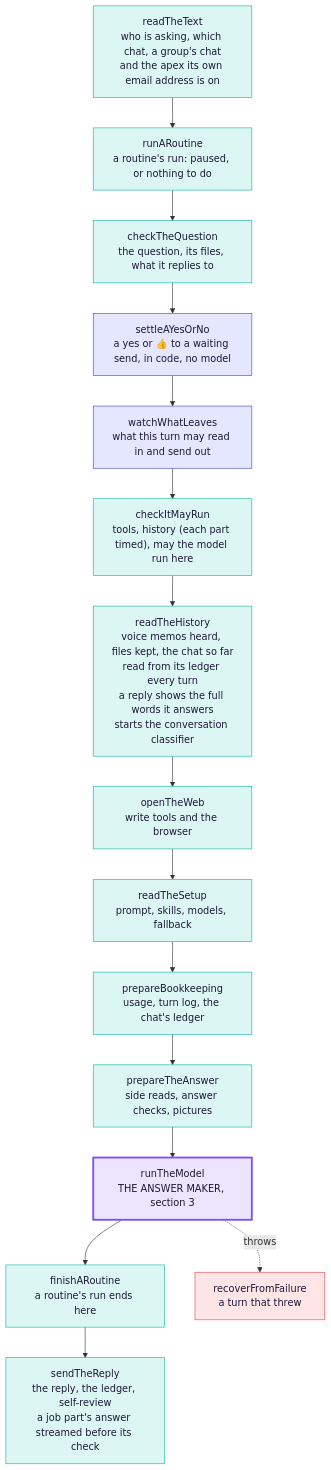
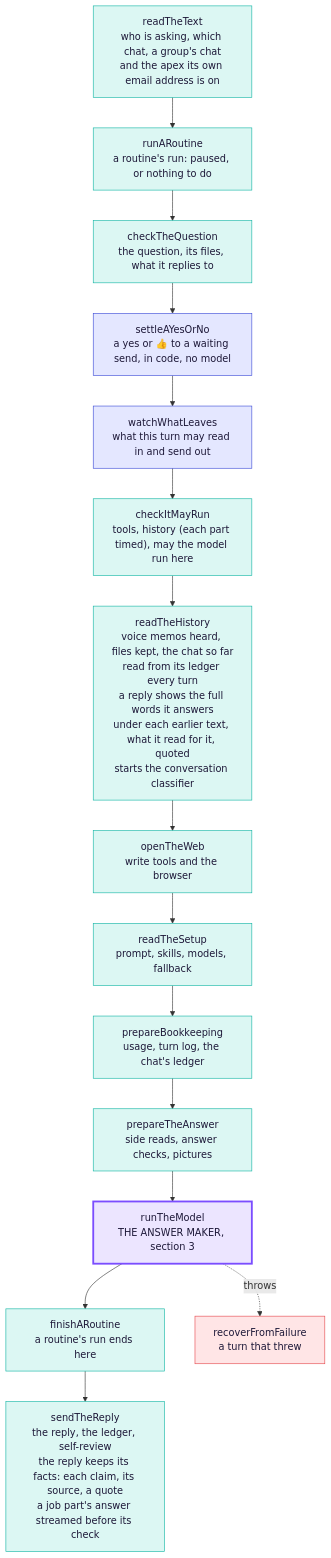
Before and after one commit to Supa-Media/context: the second of 3 diagrams in docs/architecture/tex.md, drawn with Mermaid. The commit also changed other lines of this file and 20 other files, not shown here.

First line of the commit message:
Tex: keep what it read for what it said, so it never takes back a true fact (#3192)

````diff
--- a/docs/architecture/tex.md
+++ b/docs/architecture/tex.md
@@ -81,24 +81,24 @@
 ```mermaid
 flowchart TB
   readTheText["readTheText<br/>who is asking, which chat, a group's chat<br/>and the apex its own email address is on"]:::step
   runARoutine["runARoutine<br/>a routine's run: paused, or nothing to do"]:::step
   checkTheQuestion["checkTheQuestion<br/>the question, its files, what it replies to"]:::step
   settleAYesOrNo["settleAYesOrNo<br/>a yes or 👍 to a waiting send, in code, no model"]:::rail
   watchWhatLeaves["watchWhatLeaves<br/>what this turn may read in and send out"]:::rail
   checkItMayRun["checkItMayRun<br/>tools, history (each part timed), may the model run here"]:::step
-  readTheHistory["readTheHistory<br/>voice memos heard, files kept, the chat so far<br/>read from its ledger every turn<br/>a reply shows the full words it answers<br/>starts the conversation classifier"]:::step
+  readTheHistory["readTheHistory<br/>voice memos heard, files kept, the chat so far<br/>read from its ledger every turn<br/>a reply shows the full words it answers<br/>under each earlier text, what it read for it, quoted<br/>starts the conversation classifier"]:::step
   openTheWeb["openTheWeb<br/>write tools and the browser"]:::step
   readTheSetup["readTheSetup<br/>prompt, skills, models, fallback"]:::step
   prepareBookkeeping["prepareBookkeeping<br/>usage, turn log, the chat's ledger"]:::step
   prepareTheAnswer["prepareTheAnswer<br/>side reads, answer checks, pictures"]:::step
   runTheModel["runTheModel<br/>THE ANSWER MAKER, section 3"]:::model
   finishARoutine["finishARoutine<br/>a routine's run ends here"]:::step
-  sendTheReply["sendTheReply<br/>the reply, the ledger, self-review<br/>a job part's answer streamed before its check"]:::step
+  sendTheReply["sendTheReply<br/>the reply, the ledger, self-review<br/>the reply keeps its facts: each claim, its source, a quote<br/>a job part's answer streamed before its check"]:::step
   recoverFromFailure["recoverFromFailure<br/>a turn that threw"]:::fail
   readTheText --> runARoutine --> checkTheQuestion --> settleAYesOrNo --> watchWhatLeaves --> checkItMayRun --> readTheHistory --> openTheWeb --> readTheSetup --> prepareBookkeeping --> prepareTheAnswer --> runTheModel --> finishARoutine --> sendTheReply
   runTheModel -. throws .-> recoverFromFailure
   classDef step fill:#dcf7f3,stroke:#11b5a4,color:#1d1838
   classDef rail fill:#e4e7ff,stroke:#3c4bd6,color:#1d1838
   classDef model fill:#ece5ff,stroke:#7b4dff,stroke-width:3px,color:#1d1838
   classDef fail fill:#ffe5e6,stroke:#e5484d,color:#1d1838
 ```
````
